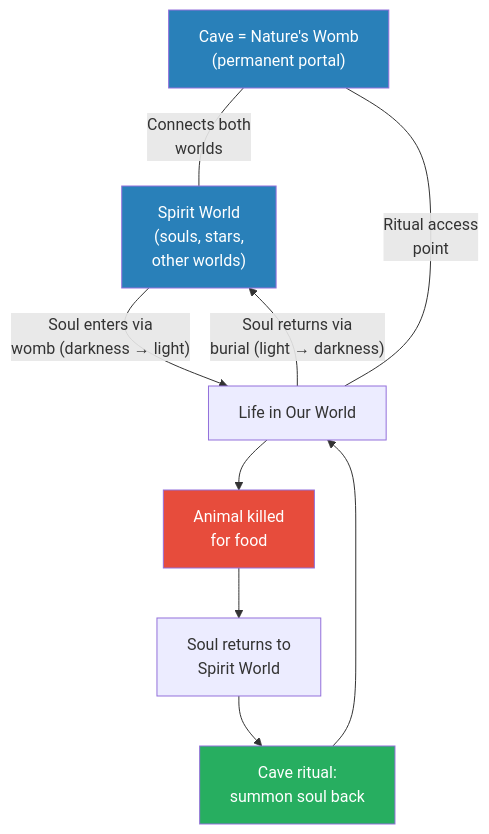
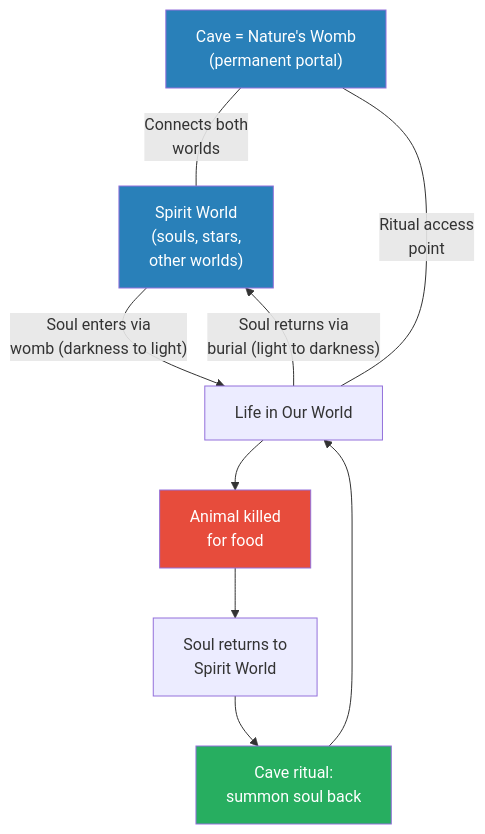
The third of 8 diagrams in summaries/Lectures/Civilization/02 - Religion and the Dawn of Society.md (alius33/reader), drawn with Mermaid before and after one commit. The commit also changed other lines of this file and 78 other files, not shown here.

````diff
--- a/summaries/Lectures/Civilization/02 - Religion and the Dawn of Society.md
+++ b/summaries/Lectures/Civilization/02 - Religion and the Dawn of Society.md
@@ -217,17 +176,17 @@
 ```mermaid
 flowchart TB
     SW["Spirit World<br/>(souls, stars,<br/>other worlds)"]
-    SW -->|"Soul enters via<br/>womb (darkness → light)"| Life["Life in Our World"]
-    Life -->|"Soul returns via<br/>burial (light → darkness)"| SW
+    SW -->|"Soul enters via<br/>womb (darkness to light)"| Life["Life in Our World"]
+    Life -->|"Soul returns via<br/>burial (light to darkness)"| SW
     Cave["Cave = Nature's Womb<br/>(permanent portal)"]
     Cave ---|"Connects both<br/>worlds"| SW
     Cave ---|"Ritual access<br/>point"| Life
     Life --> Kill["Animal killed<br/>for food"]
     Kill --> Return["Soul returns to<br/>Spirit World"]
     Return --> Ritual["Cave ritual:<br/>summon soul back"]
     Ritual --> Life
     style SW fill:#2980b9,color:#fff
     style Cave fill:#2980b9,color:#fff
     style Ritual fill:#27ae60,color:#fff
     style Kill fill:#e74c3c,color:#fff
 ```
````
